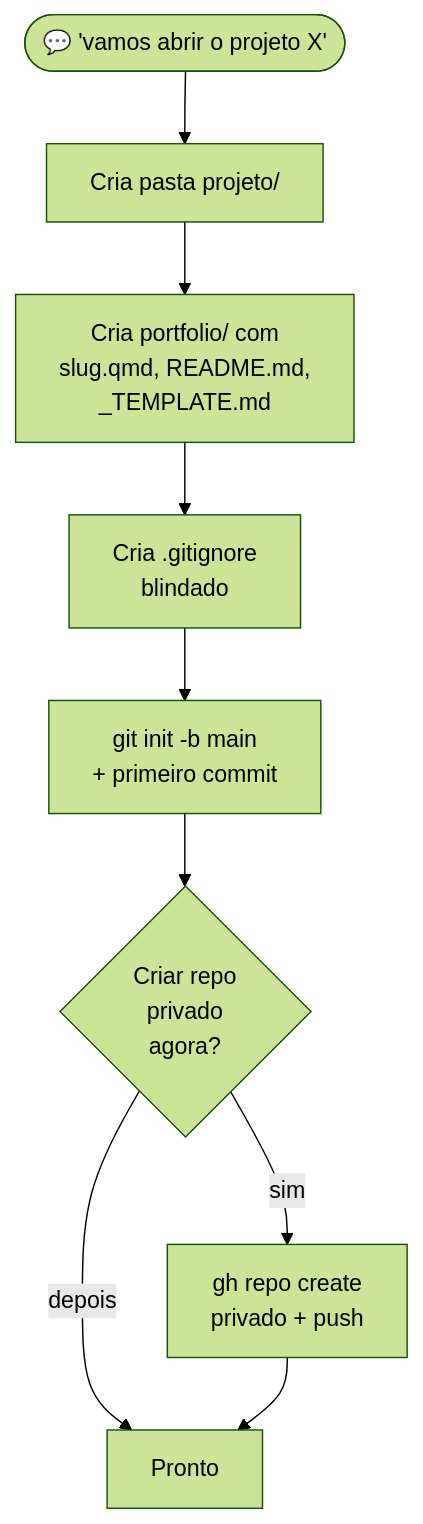
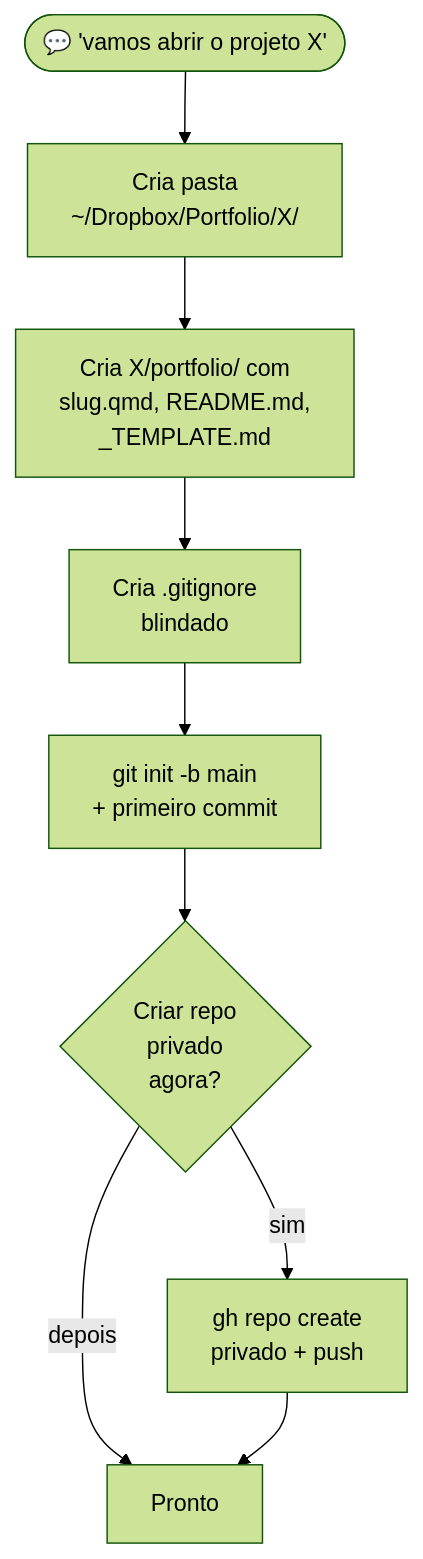
Before and after one commit to vitorwilher/vitorwilher.github.io: the second of 7 diagrams in teaching/workflow-portfolio.qmd, drawn with Mermaid (forest theme). The commit also changed other lines of this file, not shown here.

First line of the commit message:
Cursos: workflow-portfolio agora documenta painel de controle único

````diff
--- a/teaching/workflow-portfolio.qmd
+++ b/teaching/workflow-portfolio.qmd
@@ -116,11 +164,11 @@
 ```{mermaid}
 flowchart TB
-  A([💬 'vamos abrir o projeto X']) --> B[Cria pasta projeto/]
-  B --> C[Cria portfolio/ com<br>slug.qmd, README.md,<br>_TEMPLATE.md]
+  A([💬 'vamos abrir o projeto X']) --> B[Cria pasta<br>~/Dropbox/Portfolio/X/]
+  B --> C[Cria X/portfolio/ com<br>slug.qmd, README.md,<br>_TEMPLATE.md]
   C --> D[Cria .gitignore<br>blindado]
   D --> E[git init -b main<br>+ primeiro commit]
   E --> F{Criar repo<br>privado<br>agora?}
   F -->|sim| G[gh repo create<br>privado + push]
   F -->|depois| H[Pronto]
   G --> H
 ```
````
